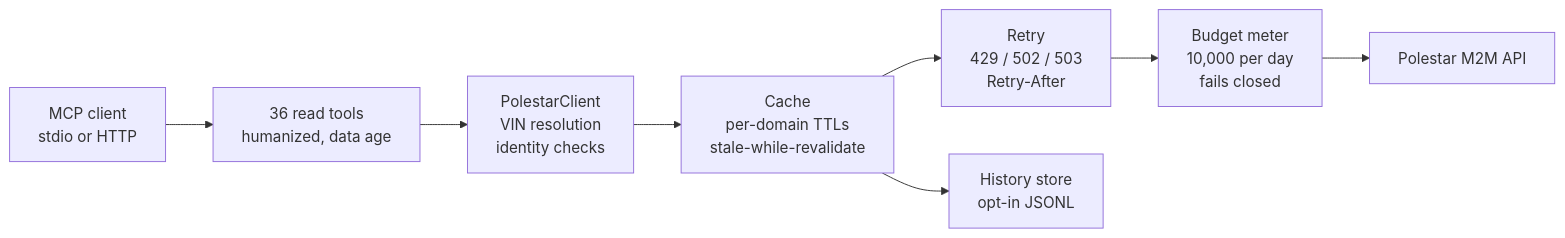
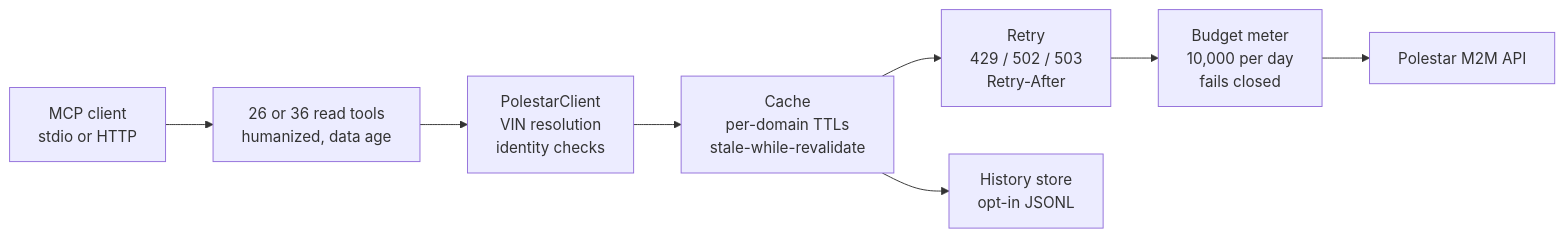
The diagram in README.md (NicolasKheirallah/polestar-mcp), drawn with Mermaid before and after one commit. The commit also changed other lines of this file, not shown here.

````diff
--- a/README.md
+++ b/README.md
@@ -162,10 +199,10 @@
 ```mermaid
 flowchart LR
-    C["MCP client<br/>stdio or HTTP"] --> T["36 read tools<br/>humanized, data age"]
+    C["MCP client<br/>stdio or HTTP"] --> T["26 or 36 read tools<br/>humanized, data age"]
     T --> K["PolestarClient<br/>VIN resolution<br/>identity checks"]
     K --> H["Cache<br/>per-domain TTLs<br/>stale-while-revalidate"]
     H --> R["Retry<br/>429 / 502 / 503<br/>Retry-After"]
     R --> B["Budget meter<br/>10,000 per day<br/>fails closed"]
     B --> P["Polestar M2M API"]
     H --> S["History store<br/>opt-in JSONL"]
 ```
````
